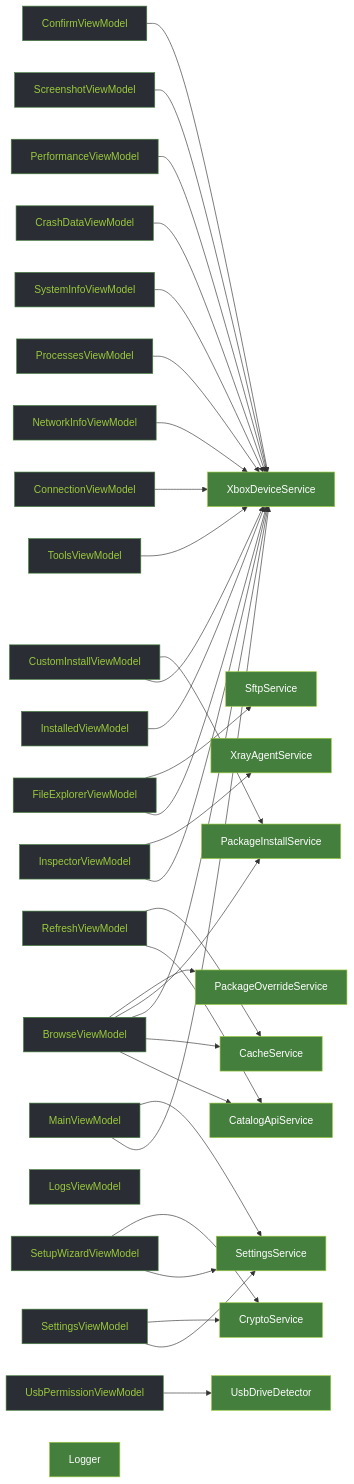
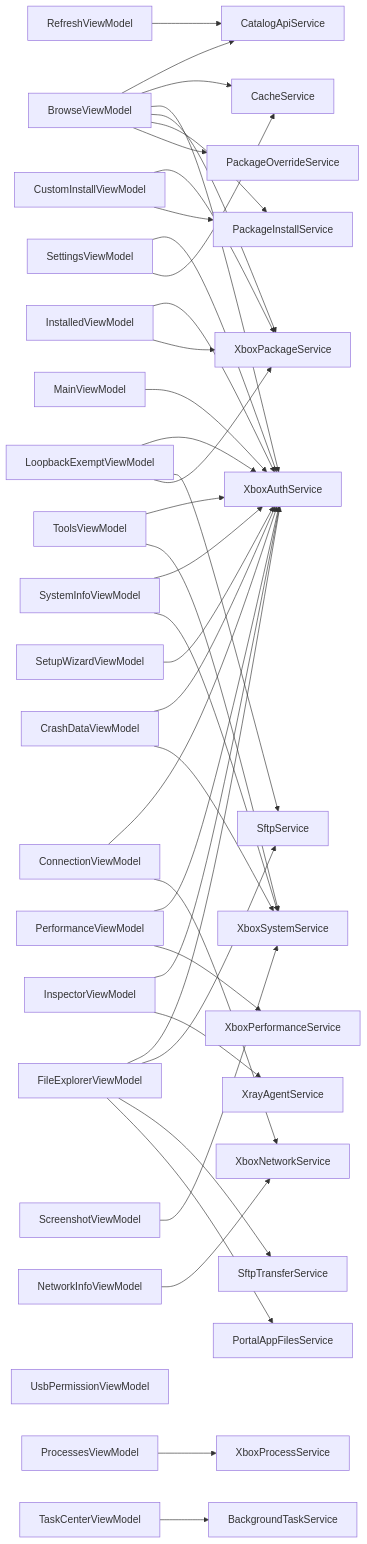
Before and after one commit to marcelofrau/xb-homebrew-vault: the fourth of 5 diagrams in docs/architecture.md, drawn with Mermaid. The commit also changed other lines of this file and 26 other files, not shown here.

First line of the commit message:
docs: reflect .NET 10 migration, service split, and current features

````diff
--- a/docs/architecture.md
+++ b/docs/architecture.md
@@ -281,78 +251,58 @@
 ```mermaid
 graph LR
-    MVM[MainViewModel] --> XS
-    MVM --> SSvc
+    MVM[MainViewModel] --> Auth
     BVM[BrowseViewModel] --> CAS
     BVM --> CSvc
-    BVM --> XS
+    BVM --> Auth
+    BVM --> Pkg
     BVM --> PS
     BVM --> PO
-    IVM[InstalledViewModel] --> XS
-    FVM[FileExplorerViewModel] --> XS
+    IVM[InstalledViewModel] --> Auth
+    IVM --> Pkg
+    FVM[FileExplorerViewModel] --> Auth
     FVM --> Sftp
-    SVM[SettingsViewModel] --> SSvc
-    SVM --> CS
-    TVM[ToolsViewModel] --> XS
-    CVM[ConnectionViewModel] --> XS
-    NIVM[NetworkInfoViewModel] --> XS
-    PVM[ProcessesViewModel] --> XS
-    SIVM[SystemInfoViewModel] --> XS
-    CDVM[CrashDataViewModel] --> XS
-    PerfVM[PerformanceViewModel] --> XS
+    FVM --> SftpT
+    FVM --> Portal
+    SVM[SettingsViewModel] --> Auth
+    SVM --> CSvc
+    TVM[ToolsViewModel] --> Auth
+    TVM --> Sys
+    CVM[ConnectionViewModel] --> Auth
+    CVM --> Net
+    NIVM[NetworkInfoViewModel] --> Net
+    PVM[ProcessesViewModel] --> Proc
+    SIVM[SystemInfoViewModel] --> Auth
+    SIVM --> Sys
+    CDVM[CrashDataViewModel] --> Auth
+    CDVM --> Sys
+    PerfVM[PerformanceViewModel] --> Auth
+    PerfVM --> Perf
     RVM[RefreshViewModel] --> CAS
-    RVM --> CSvc
-    CIWM[CustomInstallViewModel] --> XS
+    CIWM[CustomInstallViewModel] --> Pkg
     CIWM --> PS
-    InVM[InspectorViewModel] --> XS
+    InVM[InspectorViewModel] --> Auth
     InVM --> XRay
-    ShVM[ScreenshotViewModel] --> XS
-    LVM[LogsViewModel]
-    ConfVM[ConfirmViewModel] --> XS
-    USBVM[UsbPermissionViewModel] --> UDD
-    SWVM[SetupWizardViewModel] --> SSvc
-    SWVM --> CS
-    
-    XS[XboxDeviceService]
+    ShVM[ScreenshotViewModel] --> Sys
+    LbVM[LoopbackExemptViewModel] --> Auth
+    LbVM --> Sftp
+    LbVM --> Pkg
+    USBVM[UsbPermissionViewModel]
+    SWVM[SetupWizardViewModel] --> Auth
+    TkVM[TaskCenterViewModel] --> BgT
+
+    Auth[XboxAuthService]
+    Pkg[XboxPackageService]
+    Proc[XboxProcessService]
+    Net[XboxNetworkService]
+    Sys[XboxSystemService]
+    Perf[XboxPerformanceService]
     CAS[CatalogApiService]
-    SSvc[SettingsService]
-    CS[CryptoService]
     CSvc[CacheService]
-    UDD[UsbDriveDetector]
     PS[PackageInstallService]
     Sftp[SftpService]
+    SftpT[SftpTransferService]
+    Portal[PortalAppFilesService]
     XRay[XrayAgentService]
     PO[PackageOverrideService]
-    L[Logger]
-    
-    style MVM fill:#2A2D33,stroke:#447F3E,color:#9ACA3C
-    style BVM fill:#2A2D33,stroke:#447F3E,color:#9ACA3C
-    style IVM fill:#2A2D33,stroke:#447F3E,color:#9ACA3C
-    style FVM fill:#2A2D33,stroke:#447F3E,color:#9ACA3C
-    style SVM fill:#2A2D33,stroke:#447F3E,color:#9ACA3C
-    style TVM fill:#2A2D33,stroke:#447F3E,color:#9ACA3C
-    style CVM fill:#2A2D33,stroke:#447F3E,color:#9ACA3C
-    style NIVM fill:#2A2D33,stroke:#447F3E,color:#9ACA3C
-    style PVM fill:#2A2D33,stroke:#447F3E,color:#9ACA3C
-    style SIVM fill:#2A2D33,stroke:#447F3E,color:#9ACA3C
-    style CDVM fill:#2A2D33,stroke:#447F3E,color:#9ACA3C
-    style PerfVM fill:#2A2D33,stroke:#447F3E,color:#9ACA3C
-    style RVM fill:#2A2D33,stroke:#447F3E,color:#9ACA3C
-    style CIWM fill:#2A2D33,stroke:#447F3E,color:#9ACA3C
-    style InVM fill:#2A2D33,stroke:#447F3E,color:#9ACA3C
-    style ShVM fill:#2A2D33,stroke:#447F3E,color:#9ACA3C
-    style LVM fill:#2A2D33,stroke:#447F3E,color:#9ACA3C
-    style ConfVM fill:#2A2D33,stroke:#447F3E,color:#9ACA3C
-    style USBVM fill:#2A2D33,stroke:#447F3E,color:#9ACA3C
-    style SWVM fill:#2A2D33,stroke:#447F3E,color:#9ACA3C
-    style XS fill:#447F3E,stroke:#9ACA3C,color:#fff
-    style CAS fill:#447F3E,stroke:#9ACA3C,color:#fff
-    style SSvc fill:#447F3E,stroke:#9ACA3C,color:#fff
-    style CS fill:#447F3E,stroke:#9ACA3C,color:#fff
-    style CSvc fill:#447F3E,stroke:#9ACA3C,color:#fff
-    style UDD fill:#447F3E,stroke:#9ACA3C,color:#fff
-    style PS fill:#447F3E,stroke:#9ACA3C,color:#fff
-    style Sftp fill:#447F3E,stroke:#9ACA3C,color:#fff
-    style XRay fill:#447F3E,stroke:#9ACA3C,color:#fff
-    style PO fill:#447F3E,stroke:#9ACA3C,color:#fff
-    style L fill:#447F3E,stroke:#9ACA3C,color:#fff
+    BgT[BackgroundTaskService]
 ```
````
